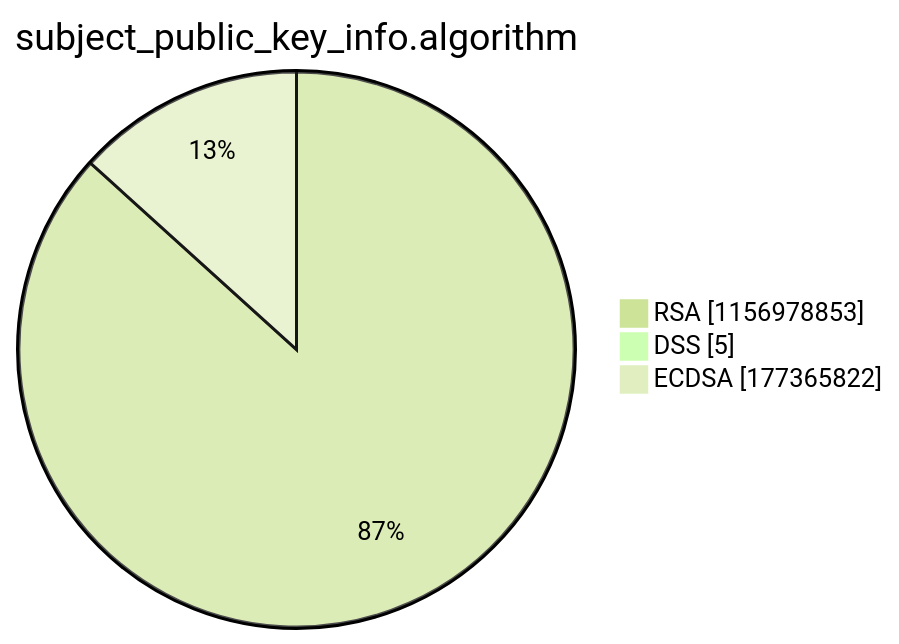
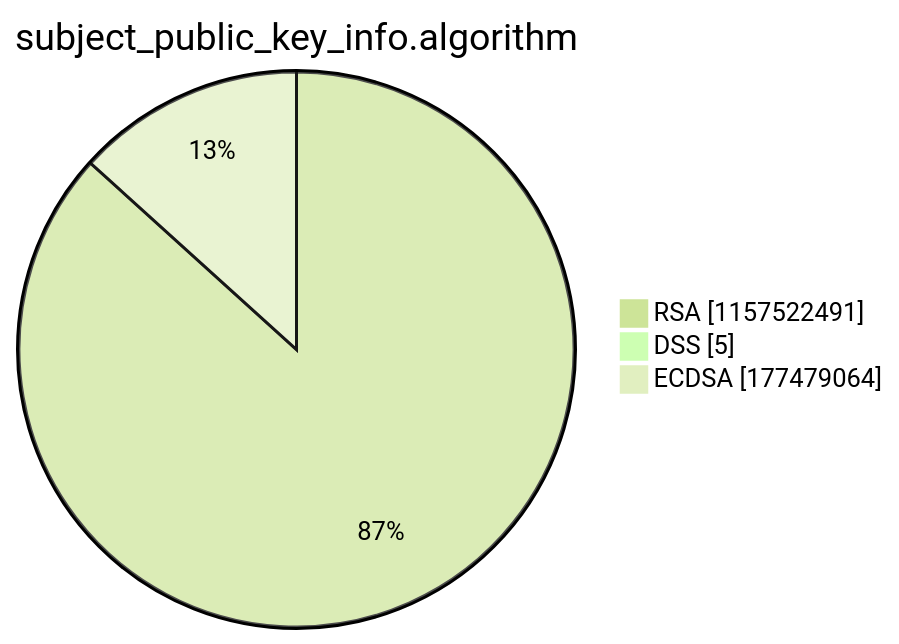
One commit to christiankrug/ctmonitor_visualization changed the third of 15 diagrams in argon2022/README.md. Above: the diagram before and after it, drawn with Mermaid (forest theme). The commit also changed other lines of this file, not shown here.

````diff
--- a/argon2022/README.md
+++ b/argon2022/README.md
@@ -14,7 +14,7 @@
 ```mermaid
 pie showData
 title subject_public_key_info.algorithm
-"RSA" :1156978853
+"RSA" :1157522491
 "DSS" :5
-"ECDSA" :177365822
+"ECDSA" :177479064
 ```
````
